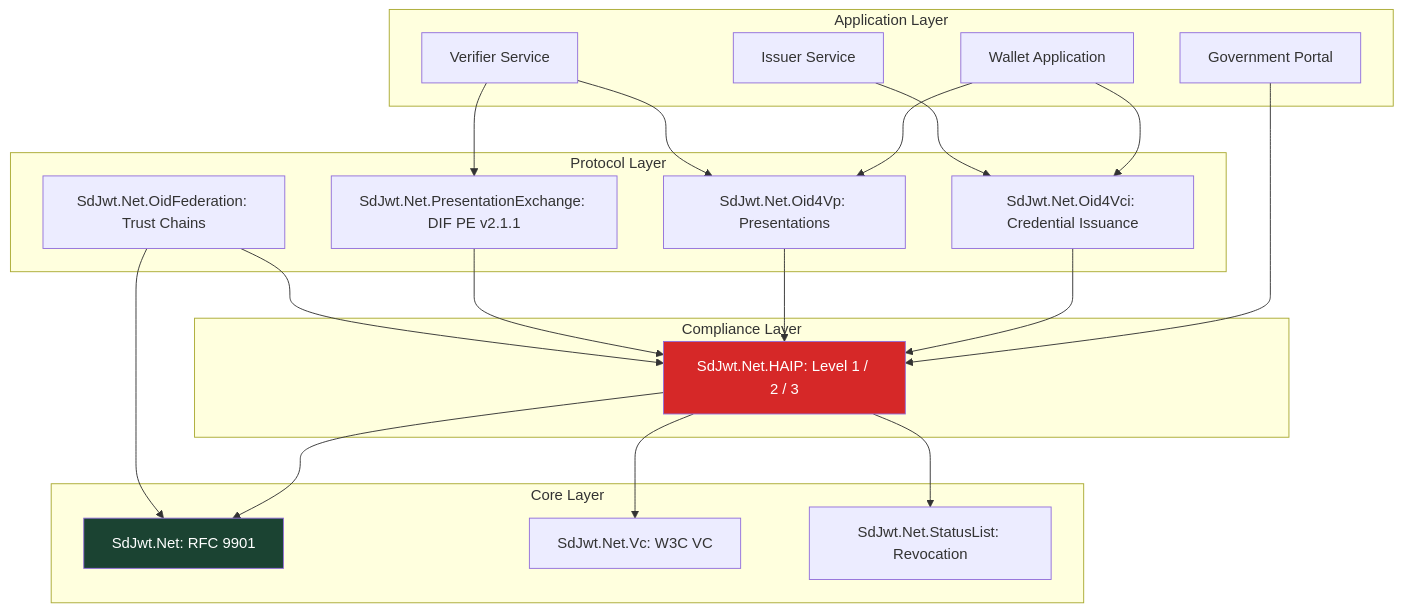
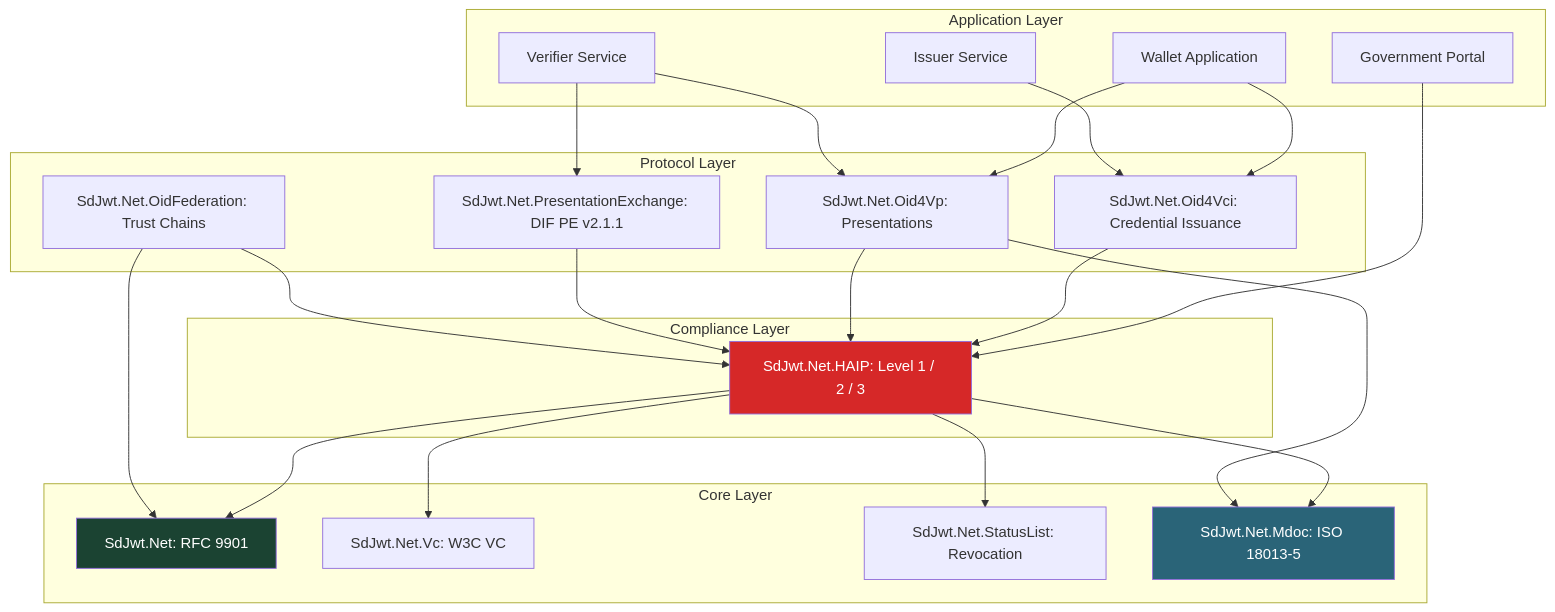
The diagram in README.md (openwallet-foundation-labs/sd-jwt-dotnet), drawn with Mermaid before and after one commit. The commit also changed other lines of this file and 132 other files, not shown here.

````diff
--- a/README.md
+++ b/README.md
@@ -141,46 +178,50 @@
 ```mermaid
 graph TB
     subgraph ApplicationLayer[Application Layer]
         WalletApp[Wallet Application]
         IssuerApp[Issuer Service]
         VerifierApp[Verifier Service]
         GovApp[Government Portal]
     end
 
     subgraph ProtocolLayer[Protocol Layer]
         OID4VCI[SdJwt.Net.Oid4Vci: Credential Issuance]
         OID4VP[SdJwt.Net.Oid4Vp: Presentations]
         PEx[SdJwt.Net.PresentationExchange: DIF PE v2.1.1]
         OidFed[SdJwt.Net.OidFederation: Trust Chains]
     end
 
     subgraph ComplianceLayer[Compliance Layer]
         HAIP[SdJwt.Net.HAIP: Level 1 / 2 / 3]
     end
 
     subgraph CoreLayer[Core Layer]
         Core[SdJwt.Net: RFC 9901]
         Vc[SdJwt.Net.Vc: W3C VC]
         Status[SdJwt.Net.StatusList: Revocation]
+        Mdoc[SdJwt.Net.Mdoc: ISO 18013-5]
     end
 
     WalletApp --> OID4VP
     WalletApp --> OID4VCI
     IssuerApp --> OID4VCI
     VerifierApp --> OID4VP
     VerifierApp --> PEx
     GovApp --> HAIP
 
     OID4VCI --> HAIP
     OID4VP --> HAIP
     PEx --> HAIP
     OidFed --> HAIP
 
     HAIP --> Core
     HAIP --> Vc
     HAIP --> Status
+    HAIP --> Mdoc
     OidFed --> Core
+    OID4VP --> Mdoc
 
     style HAIP fill:#d62828,color:#fff
     style Core fill:#1b4332,color:#fff
+    style Mdoc fill:#2a6478,color:#fff
 ```
````
